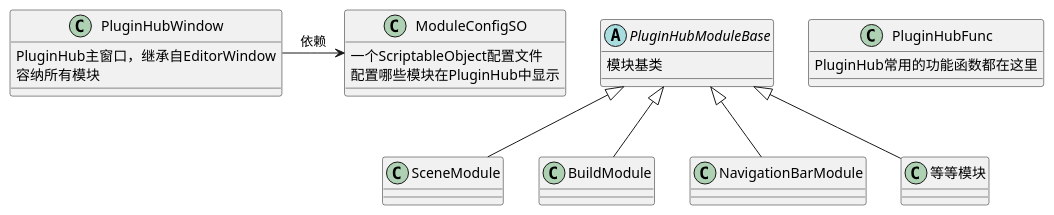
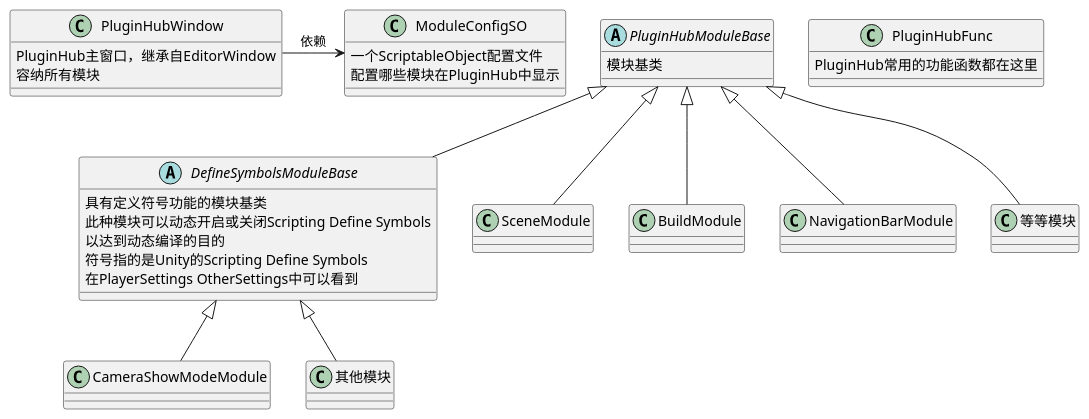
Before and after one commit to cloudinnng/PluginHub: the diagram in UML.puml, drawn with PlantUML. The commit also changed 10 other files, not shown here.

Commit message:
引入 DefineSymbolsModuleBase

```diff
--- a/UML.puml
+++ b/UML.puml
@@ -1,32 +1,43 @@
 @startuml
 'https://plantuml.com/class-diagram
 'plantuml类图，用于描述PluginHub的类结构和主要类之间的关系。让您快速了解PluginHub的源码。
 
 class PluginHubWindow{
     PluginHub主窗口，继承自EditorWindow
     容纳所有模块
 }
 class ModuleConfigSO{
     一个ScriptableObject配置文件
     配置哪些模块在PluginHub中显示
 }
 
 abstract class PluginHubModuleBase {
     模块基类
 }
 
+abstract class DefineSymbolsModuleBase {
+    具有定义符号功能的模块基类
+    此种模块可以动态开启或关闭Scripting Define Symbols
+    以达到动态编译的目的
+    符号指的是Unity的Scripting Define Symbols
+    在PlayerSettings OtherSettings中可以看到
+}
+
 static class PluginHubFunc{
     PluginHub常用的功能函数都在这里
 }
 
+PluginHubModuleBase <|-- DefineSymbolsModuleBase
 PluginHubModuleBase <|-- SceneModule
 PluginHubModuleBase <|-- BuildModule
 PluginHubModuleBase <|-- NavigationBarModule
 PluginHubModuleBase <|-- 等等模块
 
+DefineSymbolsModuleBase <|-- CameraShowModeModule
+DefineSymbolsModuleBase <|-- 其他模块
+
 'PluginHubWindow依赖ModuleConfigSO，
 PluginHubWindow -> ModuleConfigSO : 依赖
 
 
-
 @enduml
```
